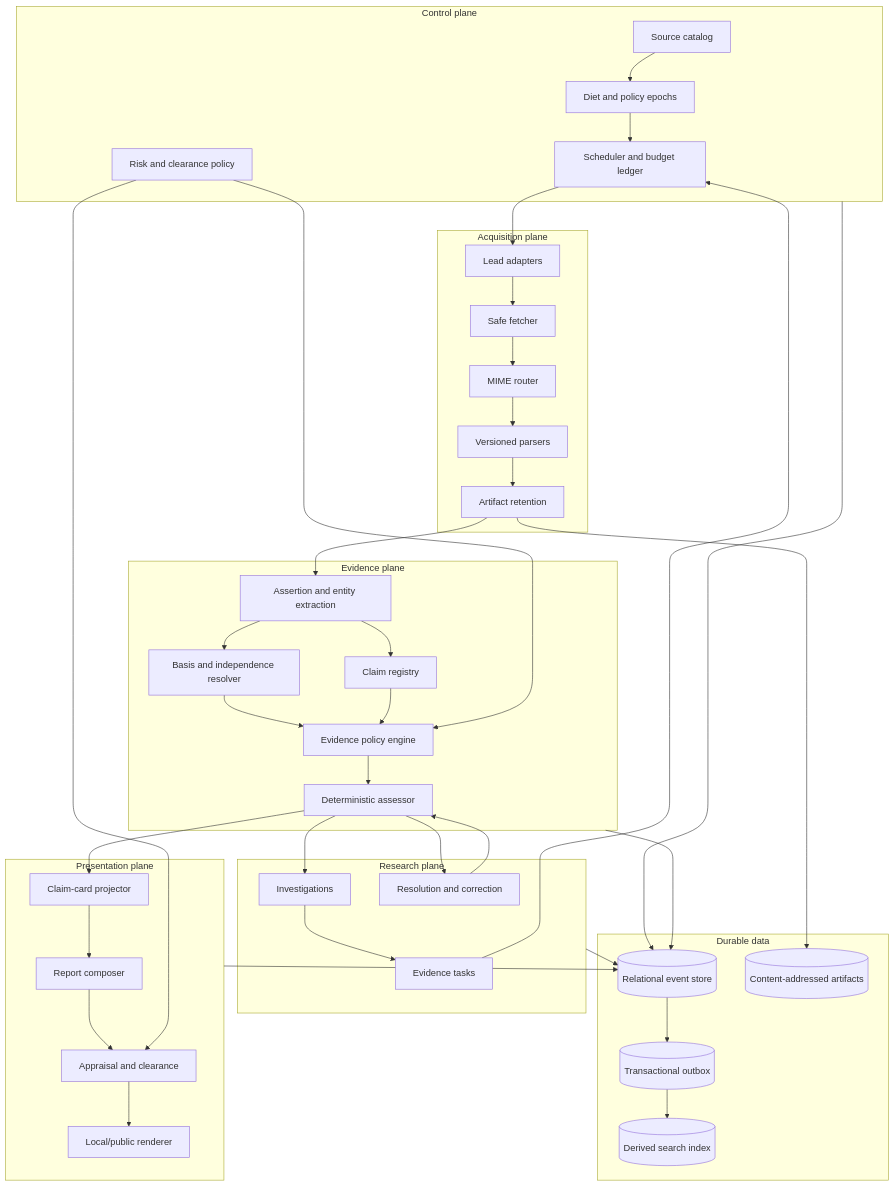
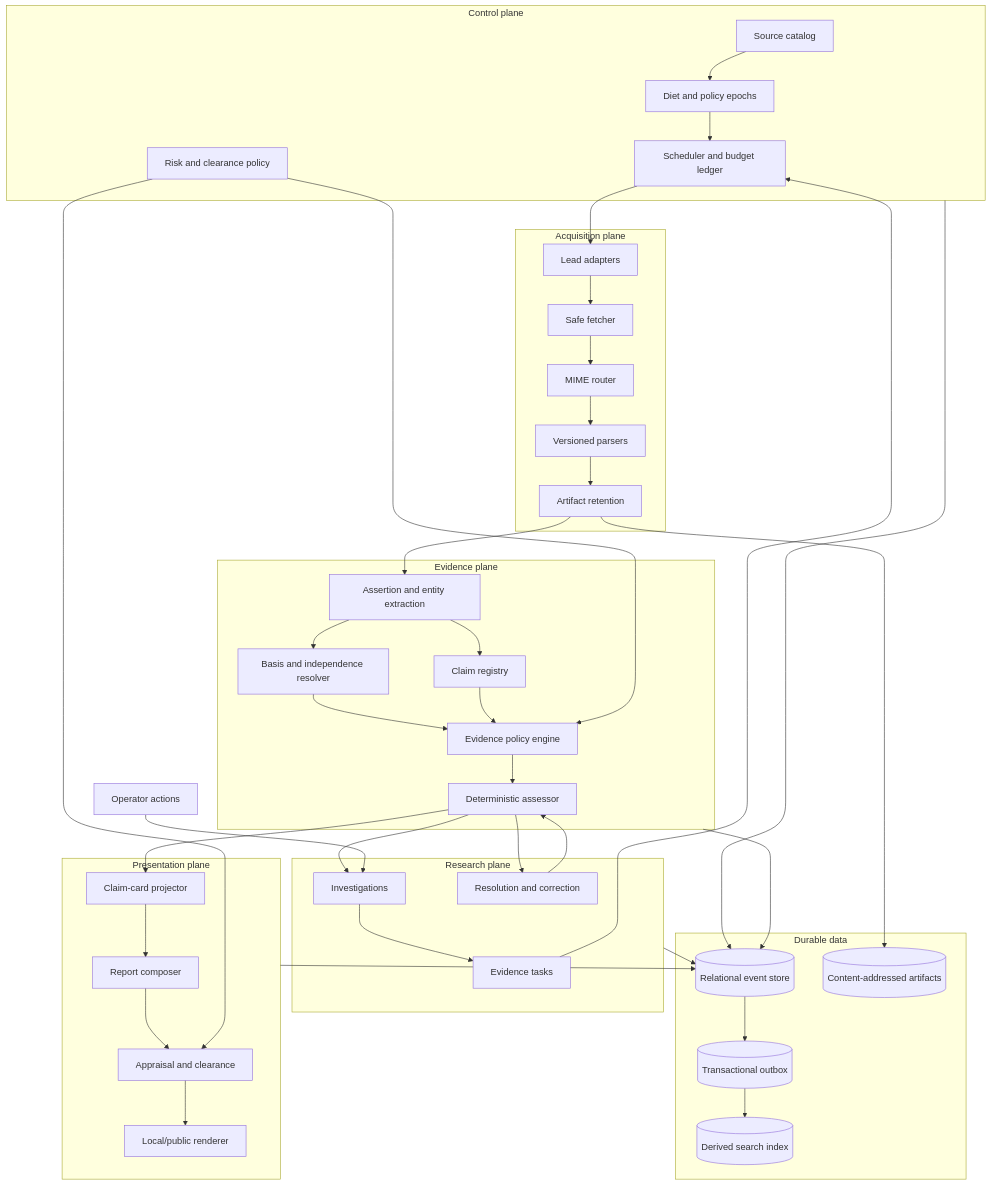
Before and after one commit to deanpreese/NewZ: the second of 4 diagrams in ARCHITECTURE.md, drawn with Mermaid. The commit also changed other lines of this file and 3 other files, not shown here.

````diff
--- a/ARCHITECTURE.md
+++ b/ARCHITECTURE.md
@@ -36,63 +37,64 @@
 ```mermaid
 flowchart TB
     subgraph CONTROL[Control plane]
         CATALOG[Source catalog]
         EPOCH[Diet and policy epochs]
         BUDGET[Scheduler and budget ledger]
         RISK[Risk and clearance policy]
     end
 
     subgraph ACQUIRE[Acquisition plane]
         LEADS[Lead adapters]
         FETCHER[Safe fetcher]
         ROUTER[MIME router]
         PARSERS[Versioned parsers]
         RETAIN[Artifact retention]
     end
 
     subgraph EVIDENCE[Evidence plane]
         EXTRACT[Assertion and entity extraction]
         CLAIMS[Claim registry]
         BASIS[Basis and independence resolver]
         QUALIFY[Evidence policy engine]
         ASSESS[Deterministic assessor]
     end
 
     subgraph RESEARCH[Research plane]
         INVEST[Investigations]
         TASKS[Evidence tasks]
         RESOLVE[Resolution and correction]
     end
 
     subgraph PRESENT[Presentation plane]
         CARD[Claim-card projector]
         COMPOSE[Report composer]
         APPRAISE[Appraisal and clearance]
         PUBLISH[Local/public renderer]
     end
 
     subgraph DATA[Durable data]
         DB[(Relational event store)]
         OBJ[(Content-addressed artifacts)]
         IDX[(Derived search index)]
         OUTBOX[(Transactional outbox)]
     end
 
     CATALOG --> EPOCH --> BUDGET
     BUDGET --> LEADS --> FETCHER --> ROUTER --> PARSERS --> RETAIN
     RETAIN --> OBJ
     RETAIN --> EXTRACT --> CLAIMS
     EXTRACT --> BASIS --> QUALIFY --> ASSESS
     CLAIMS --> QUALIFY
     ASSESS --> INVEST --> TASKS --> BUDGET
+    OPERATOR[Operator actions] --> INVEST
     ASSESS --> RESOLVE --> ASSESS
     ASSESS --> CARD --> COMPOSE --> APPRAISE --> PUBLISH
     RISK --> QUALIFY
     RISK --> APPRAISE
 
     CONTROL --> DB
     EVIDENCE --> DB
     RESEARCH --> DB
     PRESENT --> DB
     DB --> OUTBOX --> IDX
 ```
````
